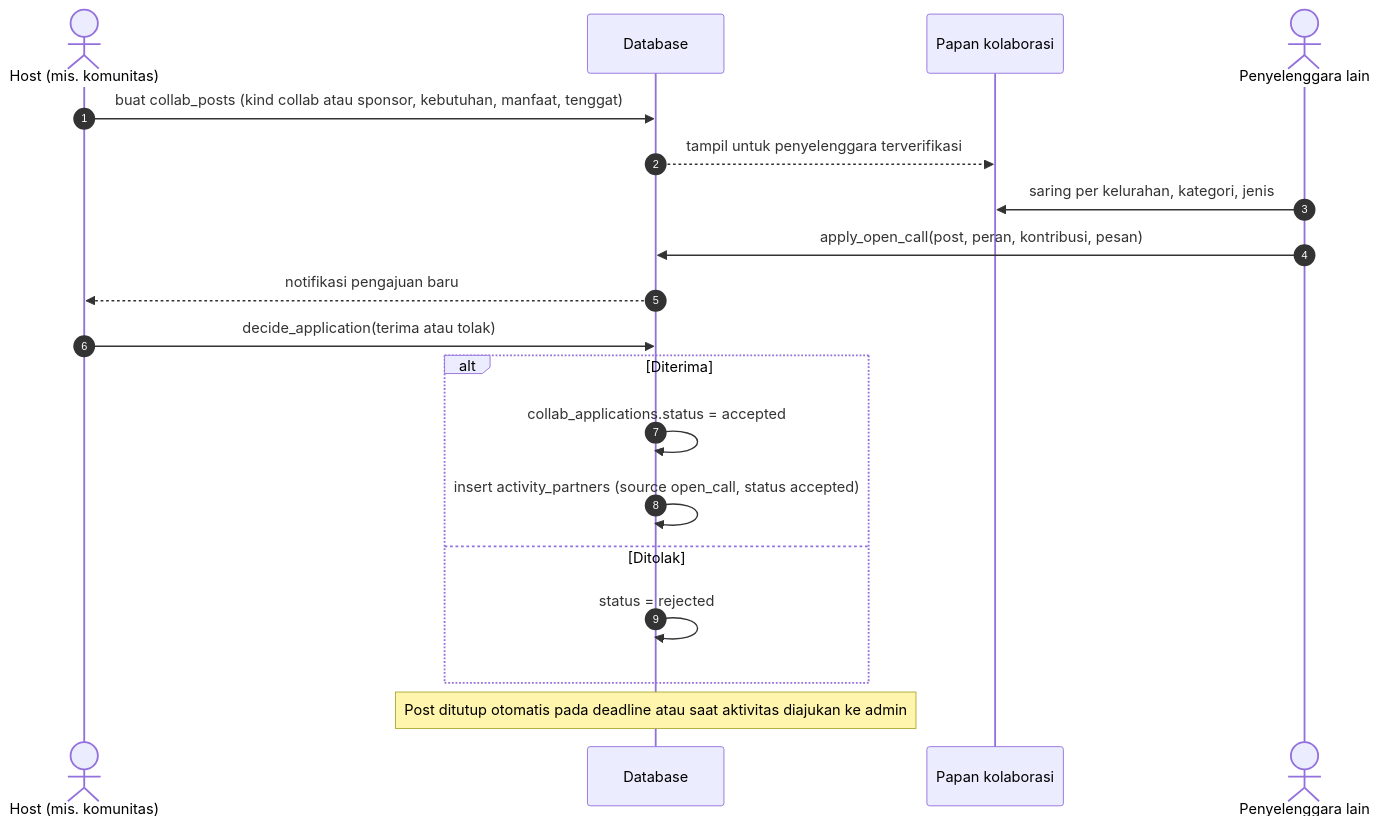
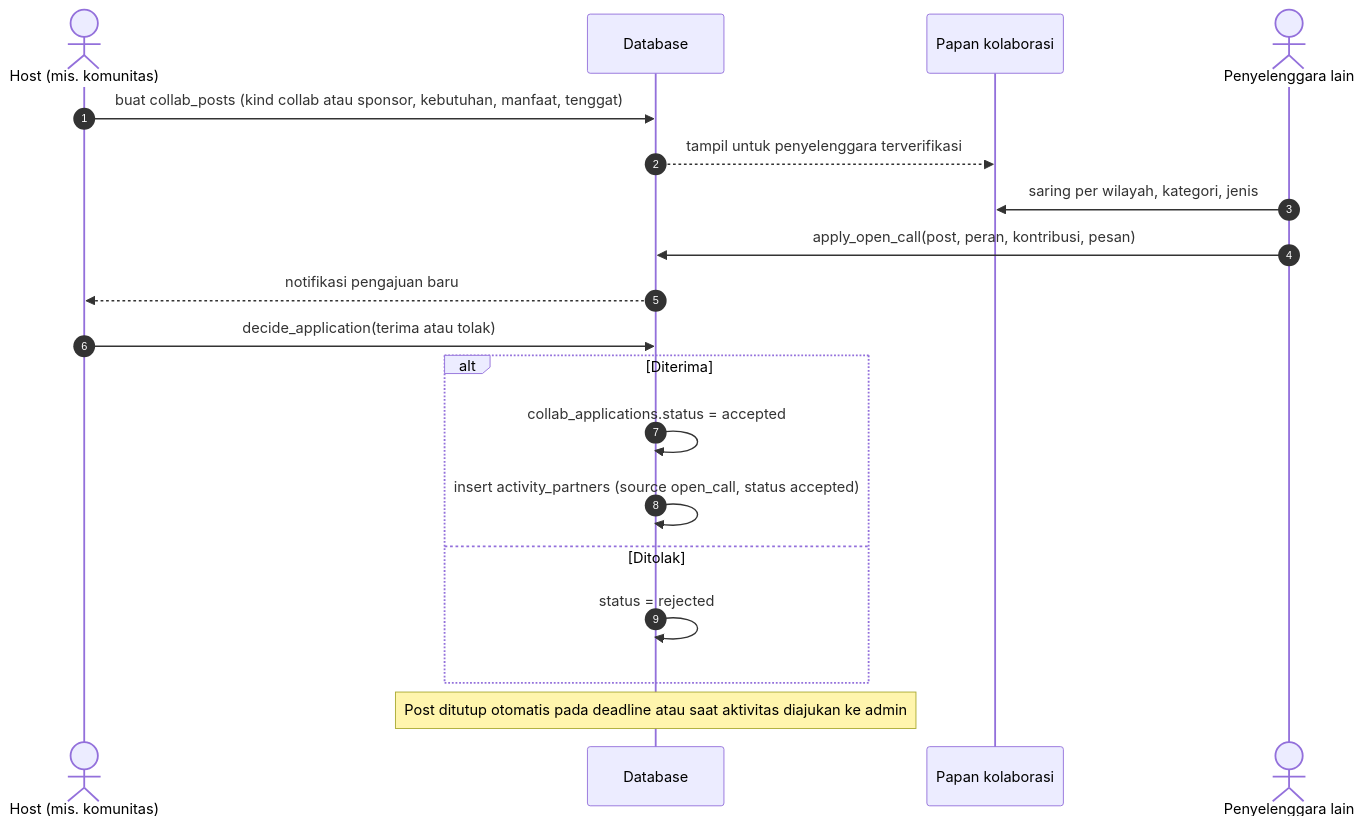
Before and after one commit to mirwanma/gasyu: diagram 14 of 30 in docs/ALUR-SISTEM.md, drawn with Mermaid. The commit also changed other lines of this file and 3 other files, not shown here.

````diff
--- a/docs/ALUR-SISTEM.md
+++ b/docs/ALUR-SISTEM.md
@@ -658,21 +674,21 @@
 ```mermaid
 sequenceDiagram
     autonumber
     actor H as Host (mis. komunitas)
     participant DB as Database
     participant PB as Papan kolaborasi
     actor O as Penyelenggara lain
     H->>DB: buat collab_posts (kind collab atau sponsor, kebutuhan, manfaat, tenggat)
     DB-->>PB: tampil untuk penyelenggara terverifikasi
-    O->>PB: saring per kelurahan, kategori, jenis
+    O->>PB: saring per wilayah, kategori, jenis
     O->>DB: apply_open_call(post, peran, kontribusi, pesan)
     DB-->>H: notifikasi pengajuan baru
     H->>DB: decide_application(terima atau tolak)
     alt Diterima
         DB->>DB: collab_applications.status = accepted
         DB->>DB: insert activity_partners (source open_call, status accepted)
     else Ditolak
         DB->>DB: status = rejected
     end
     Note over DB: Post ditutup otomatis pada deadline atau saat aktivitas diajukan ke admin
 ```
````
